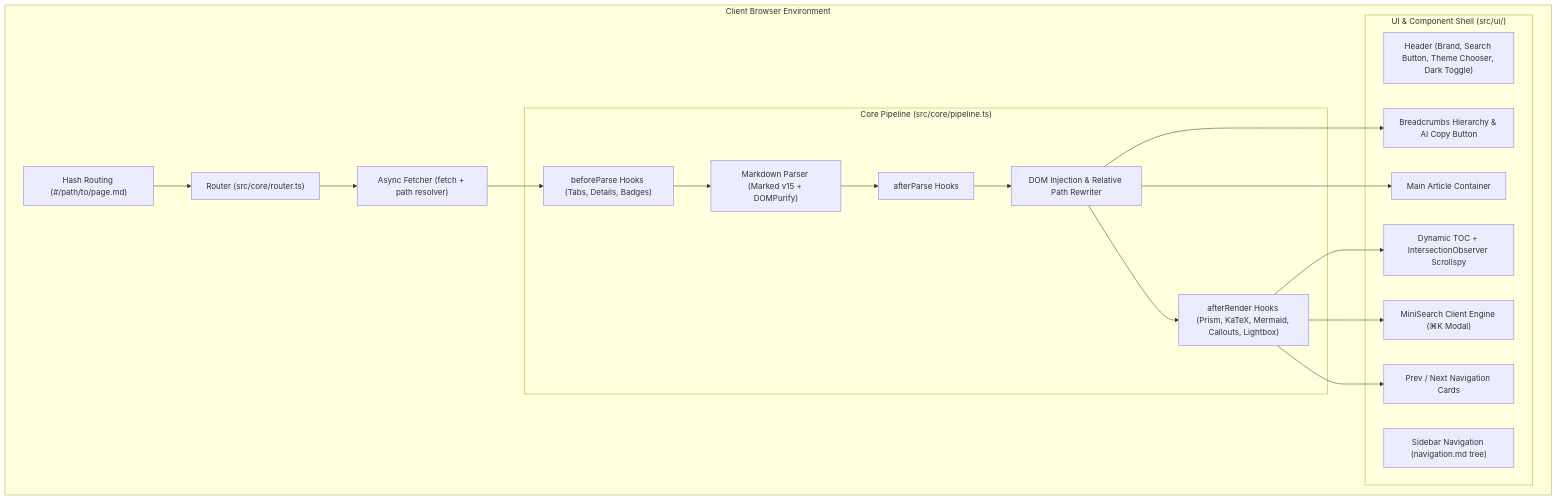
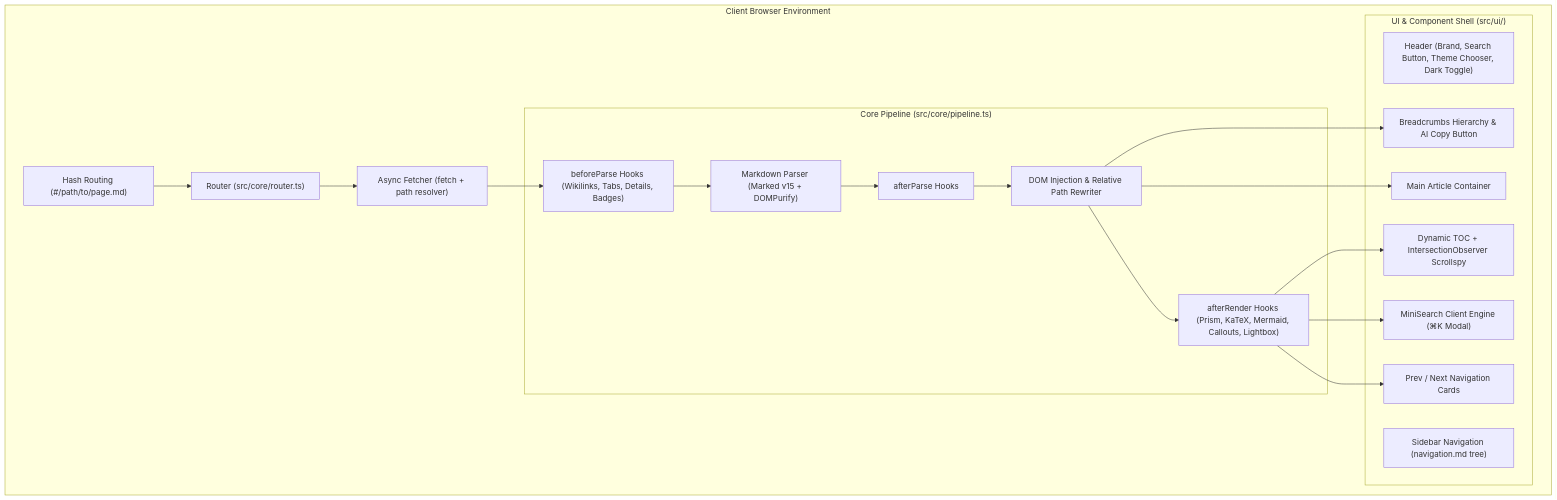
The diagram in docs/architecture/overview.md (Octadira/vertiwiki), drawn with Mermaid before and after one commit. The commit also changed other lines of this file and 24 other files, not shown here.

````diff
--- a/docs/architecture/overview.md
+++ b/docs/architecture/overview.md
@@ -9,39 +9,39 @@
 ```mermaid
 flowchart TB
     subgraph BrowserEnvironment["Client Browser Environment"]
         URL["Hash Routing (#/path/to/page.md)"]
         Router["Router (src/core/router.ts)"]
         FetchEngine["Async Fetcher (fetch + path resolver)"]
         
         subgraph PipelineEngine["Core Pipeline (src/core/pipeline.ts)"]
-            HookBefore["beforeParse Hooks (Tabs, Details, Badges)"]
+            HookBefore["beforeParse Hooks (Wikilinks, Tabs, Details, Badges)"]
             Parser["Markdown Parser (Marked v15 + DOMPurify)"]
             HookAfter["afterParse Hooks"]
             DOMInject["DOM Injection & Relative Path Rewriter"]
             HookRender["afterRender Hooks (Prism, KaTeX, Mermaid, Callouts, Lightbox)"]
         end
 
         subgraph UILayer["UI & Component Shell (src/ui/)"]
             Header["Header (Brand, Search Button, Theme Chooser, Dark Toggle)"]
             Sidebar["Sidebar Navigation (navigation.md tree)"]
             Breadcrumbs["Breadcrumbs Hierarchy & AI Copy Button"]
             Article["Main Article Container"]
             TOC["Dynamic TOC + IntersectionObserver Scrollspy"]
             Search["MiniSearch Client Engine (⌘K Modal)"]
             PrevNext["Prev / Next Navigation Cards"]
         end
     end
 
     URL --> Router
     Router --> FetchEngine
     FetchEngine --> HookBefore
     HookBefore --> Parser
     Parser --> HookAfter
     HookAfter --> DOMInject
     DOMInject --> Breadcrumbs
     DOMInject --> Article
     DOMInject --> HookRender
     HookRender --> TOC
     HookRender --> Search
     HookRender --> PrevNext
 ```
````
